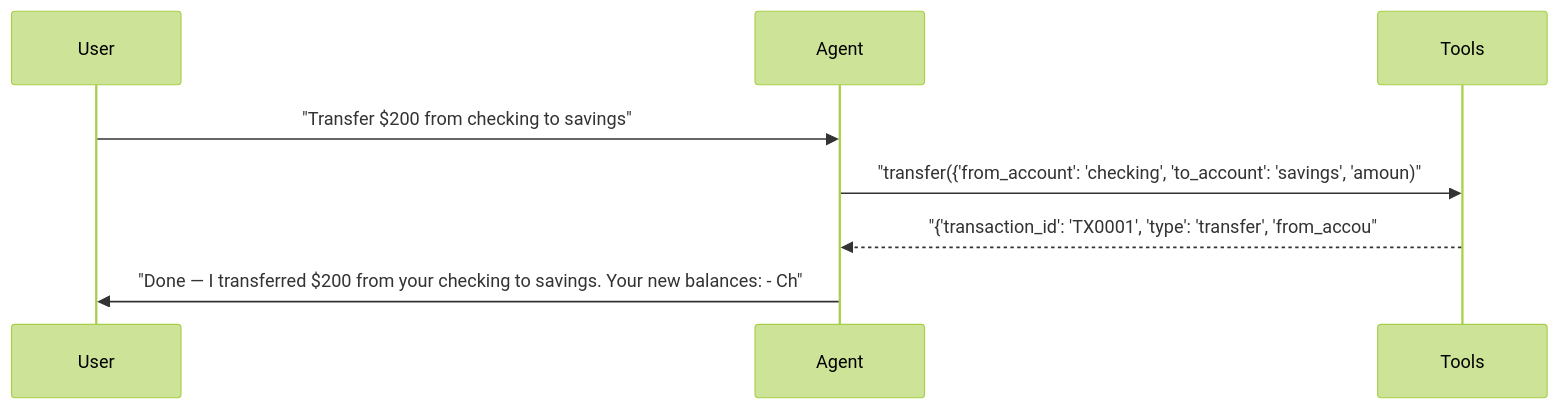
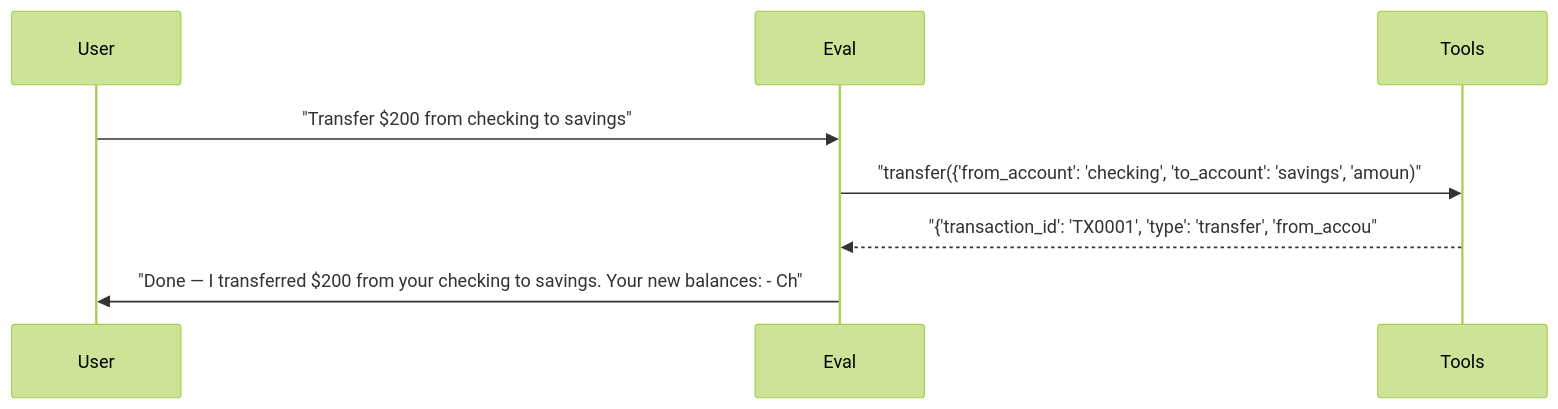
One commit to sbroenne/pytest-skill-engineering changed the second of 4 diagrams in docs/reports/01_single_agent.md. Above: the diagram before and after it, drawn with Mermaid (forest theme). The commit also changed other lines of this file and 155 other files, not shown here.

````diff
--- a/docs/reports/01_single_agent.md
+++ b/docs/reports/01_single_agent.md
@@ -193,11 +193,11 @@
 ```mermaid
 sequenceDiagram
     participant User
-    participant Agent
+    participant Eval
     participant Tools
 
-    User->>Agent: "Transfer $200 from checking to savings"
-    Agent->>Tools: "transfer({'from_account': 'checking', 'to_account': 'savings', 'amoun)"
-    Tools-->>Agent: "{'transaction_id': 'TX0001', 'type': 'transfer', 'from_accou"
-    Agent->>User: "Done — I transferred $200 from your checking to savings. Your new balances: - Ch"
+    User->>Eval: "Transfer $200 from checking to savings"
+    Eval->>Tools: "transfer({'from_account': 'checking', 'to_account': 'savings', 'amoun)"
+    Tools-->>Eval: "{'transaction_id': 'TX0001', 'type': 'transfer', 'from_accou"
+    Eval->>User: "Done — I transferred $200 from your checking to savings. Your new balances: - Ch"
 ```
````
